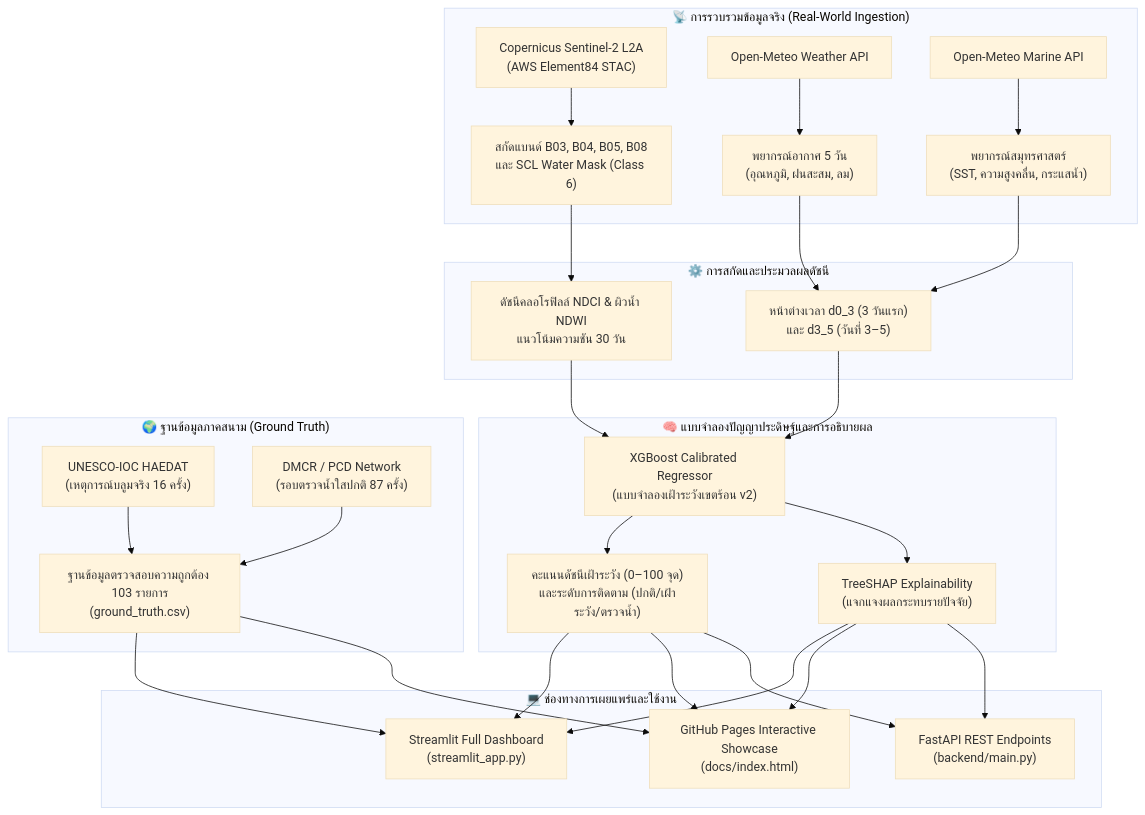
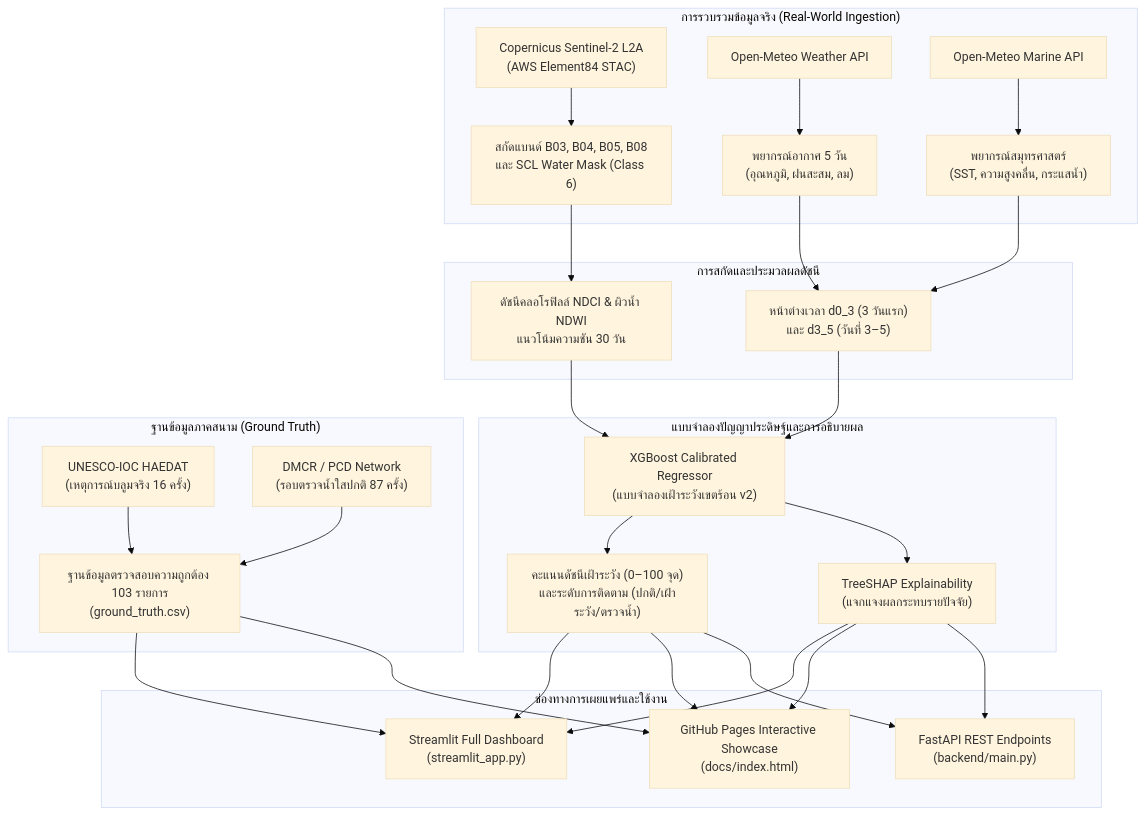
The diagram in README.md (suriyen-creator/aqua_mind), drawn with Mermaid (base theme) before and after one commit. The commit also changed other lines of this file and 6 other files, not shown here.

````diff
--- a/README.md
+++ b/README.md
@@ -76,30 +90,30 @@
 ```mermaid
 flowchart TD
-    subgraph Data_Acquisition ["📡 การรวบรวมข้อมูลจริง (Real-World Ingestion)"]
+    subgraph Data_Acquisition [" การรวบรวมข้อมูลจริง (Real-World Ingestion)"]
         A1["Copernicus Sentinel-2 L2A<br/>(AWS Element84 STAC)"] --> B1["สกัดแบนด์ B03, B04, B05, B08<br/>และ SCL Water Mask (Class 6)"]
         A2["Open-Meteo Weather API"] --> B2["พยากรณ์อากาศ 5 วัน<br/>(อุณหภูมิ, ฝนสะสม, ลม)"]
         A3["Open-Meteo Marine API"] --> B3["พยากรณ์สมุทรศาสตร์<br/>(SST, ความสูงคลื่น, กระแสน้ำ)"]
     end
 
-    subgraph Feature_Engineering ["⚙️ การสกัดและประมวลผลดัชนี"]
+    subgraph Feature_Engineering [" การสกัดและประมวลผลดัชนี"]
         B1 --> C1["ดัชนีคลอโรฟิลล์ NDCI & ผิวน้ำ NDWI<br/>แนวโน้มความชัน 30 วัน"]
         B2 & B3 --> C2["หน้าต่างเวลา d0_3 (3 วันแรก)<br/>และ d3_5 (วันที่ 3–5)"]
     end
 
-    subgraph AI_Engine ["🧠 แบบจำลองปัญญาประดิษฐ์และการอธิบายผล"]
+    subgraph AI_Engine [" แบบจำลองปัญญาประดิษฐ์และการอธิบายผล"]
         C1 & C2 --> D1["XGBoost Calibrated Regressor<br/>(แบบจำลองเฝ้าระวังเขตร้อน v2)"]
         D1 --> E1["คะแนนดัชนีเฝ้าระวัง (0–100 จุด)<br/>และระดับการติดตาม (ปกติ/เฝ้าระวัง/ตรวจน้ำ)"]
         D1 --> E2["TreeSHAP Explainability<br/>(แจกแจงผลกระทบรายปัจจัย)"]
     end
 
-    subgraph Verification ["🌍 ฐานข้อมูลภาคสนาม (Ground Truth)"]
+    subgraph Verification [" ฐานข้อมูลภาคสนาม (Ground Truth)"]
         GT1["UNESCO-IOC HAEDAT<br/>(เหตุการณ์บลูมจริง 16 ครั้ง)"] --> GT_ALL["ฐานข้อมูลตรวจสอบความถูกต้อง 103 รายการ<br/>(ground_truth.csv)"]
         GT2["DMCR / PCD Network<br/>(รอบตรวจน้ำใสปกติ 87 ครั้ง)"] --> GT_ALL
     end
 
-    subgraph Applications ["💻 ช่องทางการเผยแพร่และใช้งาน"]
+    subgraph Applications [" ช่องทางการเผยแพร่และใช้งาน"]
         E1 & E2 & GT_ALL --> APP1["Streamlit Full Dashboard<br/>(streamlit_app.py)"]
         E1 & E2 & GT_ALL --> APP2["GitHub Pages Interactive Showcase<br/>(docs/index.html)"]
         E1 & E2 --> APP3["FastAPI REST Endpoints<br/>(backend/main.py)"]
     end
 ```
````
